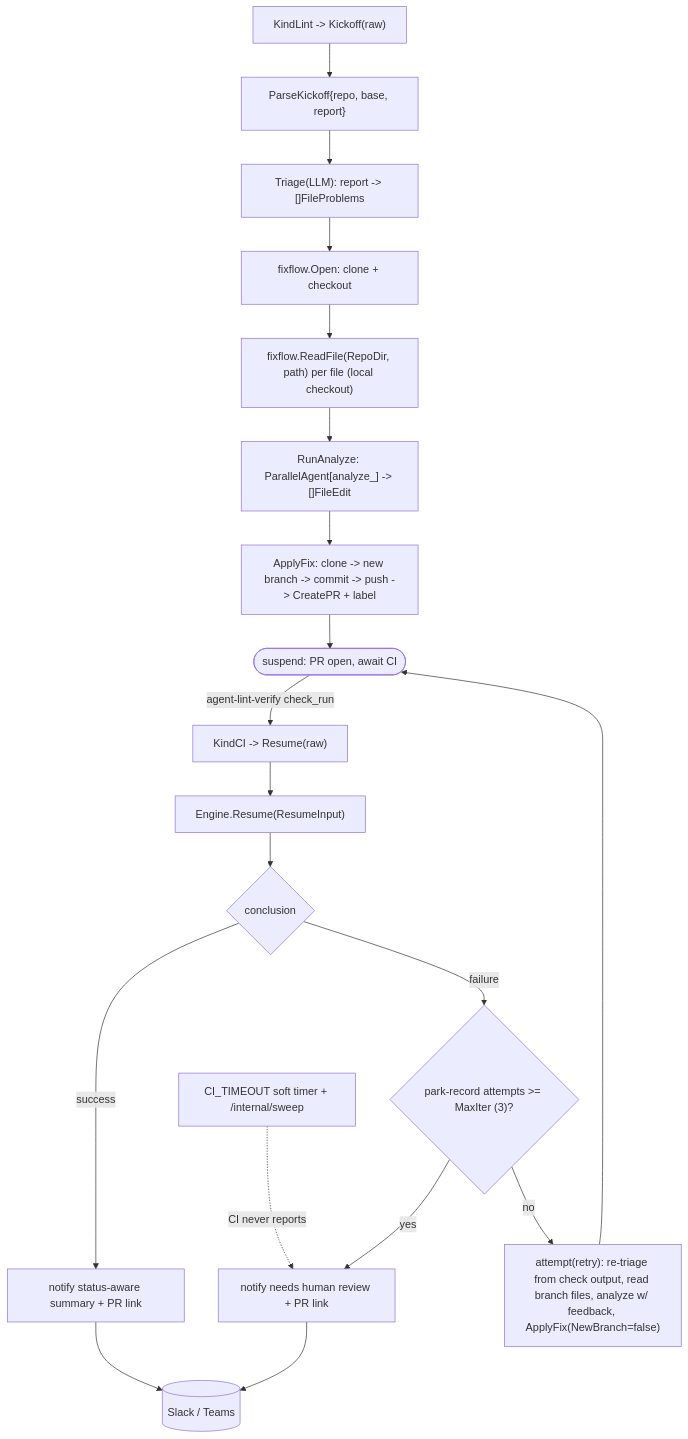
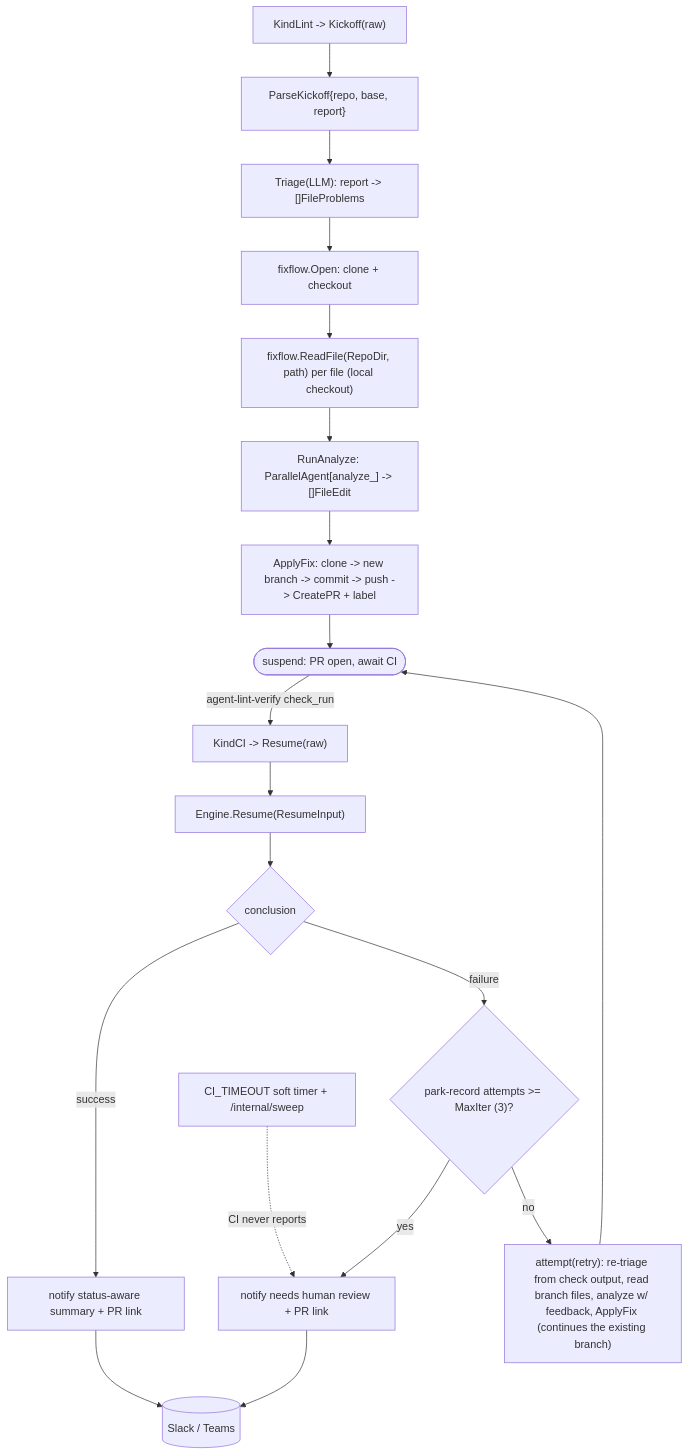
The diagram in okf/modules/agents/lintfixer.md (jkjamies/automation-agent), drawn with Mermaid before and after one commit. The commit also changed 19 other files, not shown here.

````diff
--- a/okf/modules/agents/lintfixer.md
+++ b/okf/modules/agents/lintfixer.md
@@ -18,22 +18,22 @@
 ```mermaid
 flowchart TD
     K["KindLint -> Kickoff(raw)"] --> KP["ParseKickoff{repo, base, report}"]
     KP --> T["Triage(LLM): report -> []FileProblems"]
     T --> OP["fixflow.Open: clone + checkout"]
     OP --> FF["fixflow.ReadFile(RepoDir, path) per file (local checkout)"]
     FF --> AN["RunAnalyze: ParallelAgent[analyze_<file>] -> []FileEdit"]
     AN --> AF["ApplyFix: clone -> new branch -> commit -> push -> CreatePR + label"]
     AF --> SUS(["suspend: PR open, await CI"])
 
     SUS -->|"agent-lint-verify check_run"| CI["KindCI -> Resume(raw)"]
     TO["CI_TIMEOUT soft timer + /internal/sweep"] -.->|"CI never reports"| HR
     CI --> RH["Engine.Resume(ResumeInput)"]
     RH --> C{conclusion}
     C -->|success| OK["notify status-aware summary + PR link"]
     C -->|failure| AT{"park-record attempts >= MaxIter (3)?"}
     AT -->|yes| HR["notify needs human review + PR link"]
-    AT -->|no| RT["attempt(retry): re-triage from check output, read branch files, analyze w/ feedback, ApplyFix(NewBranch=false)"]
+    AT -->|no| RT["attempt(retry): re-triage from check output, read branch files, analyze w/ feedback, ApplyFix (continues the existing branch)"]
     RT --> SUS
     OK --> Chat[("Slack / Teams")]
     HR --> Chat
 ```
````
